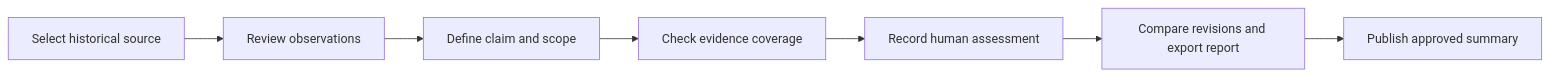
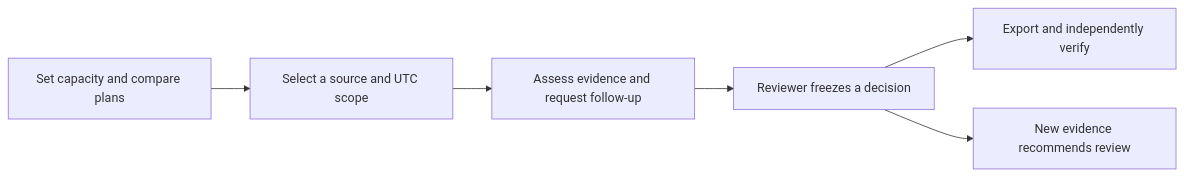
The first of 2 diagrams in README.md (AndroLay/MethaneResponse), drawn with Mermaid before and after one commit. The commit also changed other lines of this file and 28 other files, not shown here.

````diff
--- a/README.md
+++ b/README.md
@@ -71,9 +80,8 @@
 ```mermaid
 flowchart LR
-  A[Select historical source] --> B[Review observations]
-  B --> C[Define claim and scope]
-  C --> D[Check evidence coverage]
-  D --> E[Record human assessment]
-  E --> F[Compare revisions and export report]
-  F --> G[Publish approved summary]
+    A[Set capacity and compare plans] --> B[Select a source and UTC scope]
+    B --> C[Assess evidence and request follow-up]
+    C --> D[Reviewer freezes a decision]
+    D --> E[Export and independently verify]
+    D --> F[New evidence recommends review]
 ```
````
